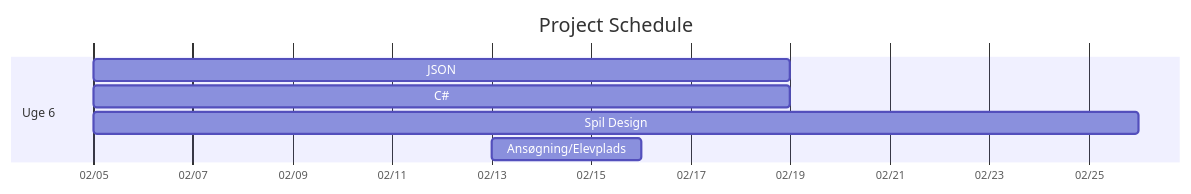
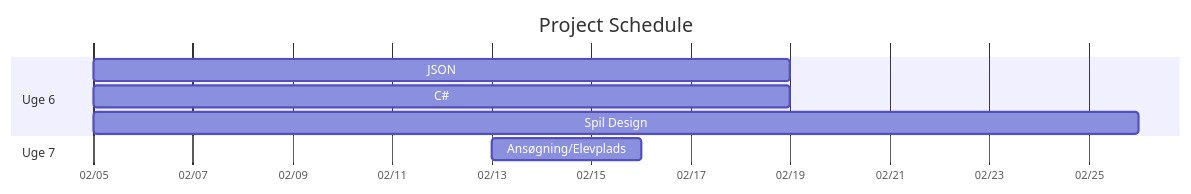
Before and after one commit to Napow-git/TEC-P1: the diagram in README.md, drawn with Mermaid.

````diff
--- a/README.md
+++ b/README.md
@@ -3,25 +3,27 @@
 ```mermaid
 
 gantt
 
     title Project Schedule
 
     dateFormat DD-MM-YYYY
 
     axisFormat %m/%d
 
  
 
     section Uge 6
 
     JSON : 05-02-2024, 14d
 
     C#: 05-02-2024, 14d
 
     Spil Design: 05-02-2024, 21d
 
+    section Uge 7
+
     Ansøgning/Elevplads: 13-02-2024, 3d
 
  
 
 ```
````
